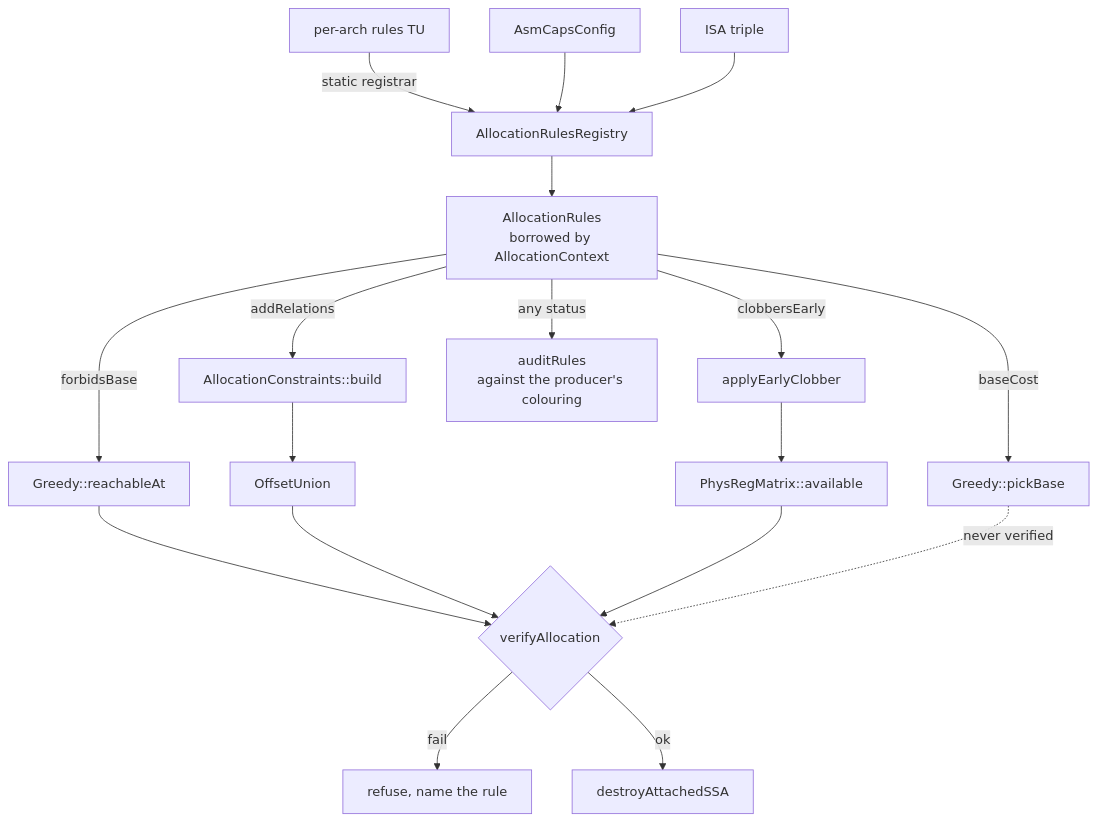
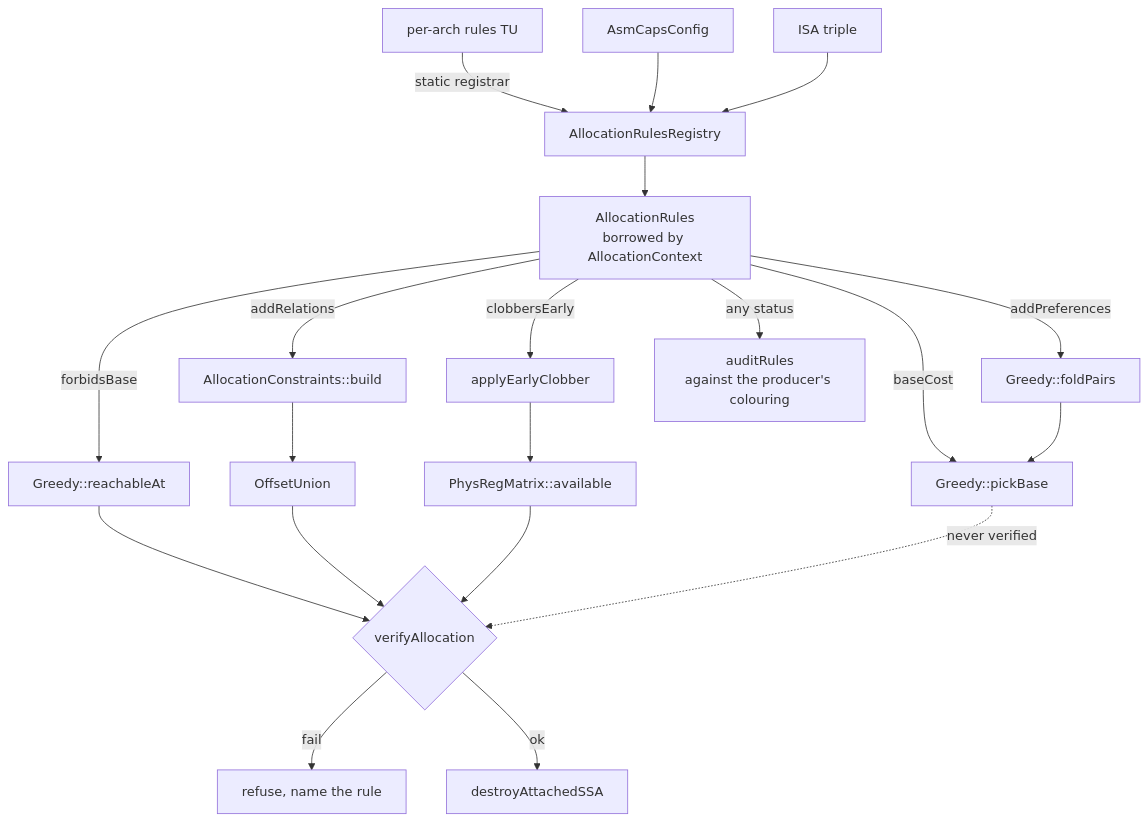
One commit to jaysqvl/rocm-libraries changed the eighth of 8 diagrams in shared/stinkytofu/docs/developer/register-allocation.md. Above: the diagram before and after it, drawn with Mermaid. The commit also changed other lines of this file and 2 other files, not shown here.

````diff
--- a/shared/stinkytofu/docs/developer/register-allocation.md
+++ b/shared/stinkytofu/docs/developer/register-allocation.md
@@ -1040,21 +1096,22 @@
 ```mermaid
 flowchart TD
     tu["per-arch rules TU"] -->|"static registrar"| reg["AllocationRulesRegistry"]
     caps["AsmCapsConfig"] --> reg
     triple["ISA triple"] --> reg
     reg --> table["AllocationRules<br/>borrowed by AllocationContext"]
 
     table -->|"forbidsBase"| place["Greedy::reachableAt"]
     table -->|"baseCost"| pick["Greedy::pickBase"]
+    table -->|"addPreferences"| pref["Greedy::foldPairs"] --> pick
     table -->|"addRelations"| cons["AllocationConstraints::build"] --> offs["OffsetUnion"]
     table -->|"clobbersEarly"| adj["applyEarlyClobber"] --> mat["PhysRegMatrix::available"]
 
     place --> ver{"verifyAllocation"}
     offs --> ver
     mat --> ver
     pick -.->|"never verified"| ver
     ver -->|fail| refuse["refuse, name the rule"]
     ver -->|ok| apply["destroyAttachedSSA"]
 
     table -->|"any status"| audit["auditRules<br/>against the producer's colouring"]
 ```
````
